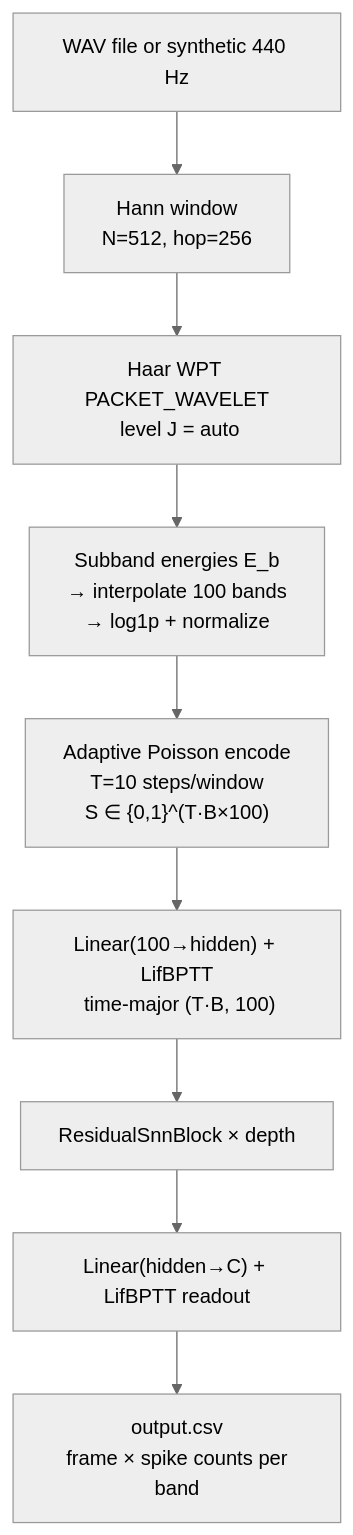
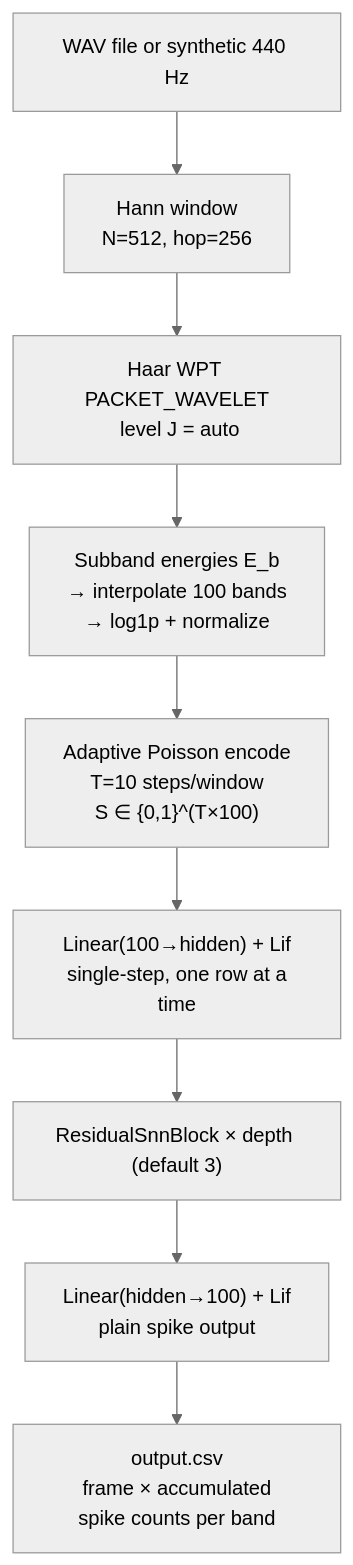
The diagram in software/nn/.wiki/Demos/wpt-voice-biometrics.md (ensismoebius/doutorado), drawn with Mermaid (neutral theme) before and after one commit. The commit also changed other lines of this file and 34 other files, not shown here.

````diff
--- a/software/nn/.wiki/Demos/wpt-voice-biometrics.md
+++ b/software/nn/.wiki/Demos/wpt-voice-biometrics.md
@@ -41,11 +45,11 @@
 ```mermaid
 flowchart TD
     A["WAV file or synthetic 440 Hz"] --> B["Hann window\n N=512, hop=256"]
     B --> C["Haar WPT PACKET_WAVELET\n level J = auto"]
     C --> D["Subband energies E_b\n → interpolate 100 bands\n → log1p + normalize"]
-    D --> E["Adaptive Poisson encode\n T=10 steps/window\n S ∈ {0,1}^(T·B×100)"]
-    E --> F["Linear(100→hidden) + LifBPTT\n time-major (T·B, 100)"]
-    F --> G["ResidualSnnBlock × depth"]
-    G --> H["Linear(hidden→C) + LifBPTT readout"]
-    H --> I["output.csv\n frame × spike counts per band"]
+    D --> E["Adaptive Poisson encode\n T=10 steps/window\n S ∈ {0,1}^(T×100)"]
+    E --> F["Linear(100→hidden) + Lif\n single-step, one row at a time"]
+    F --> G["ResidualSnnBlock × depth (default 3)"]
+    G --> H["Linear(hidden→100) + Lif\n plain spike output"]
+    H --> I["output.csv\n frame × accumulated spike counts per band"]
 ```
````
